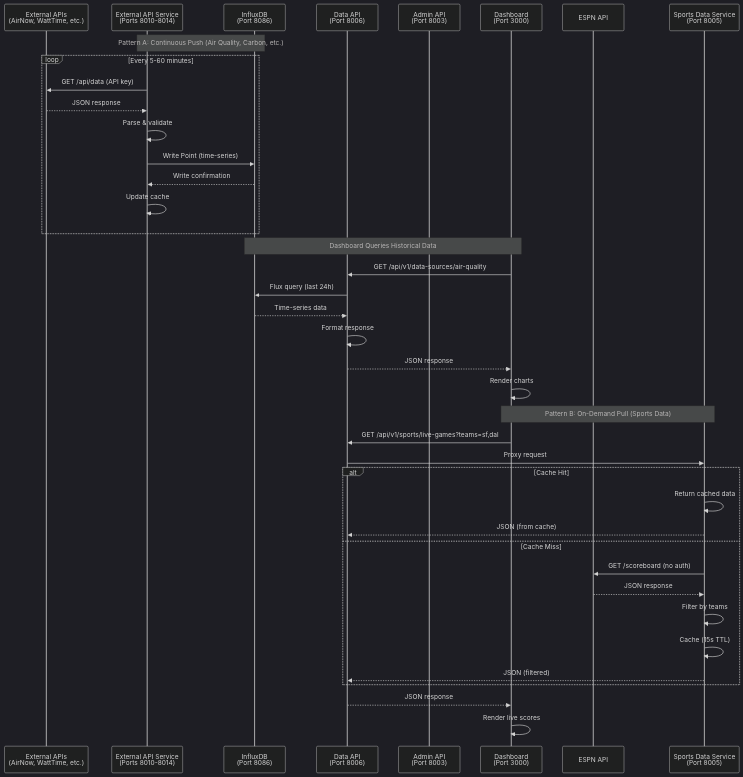
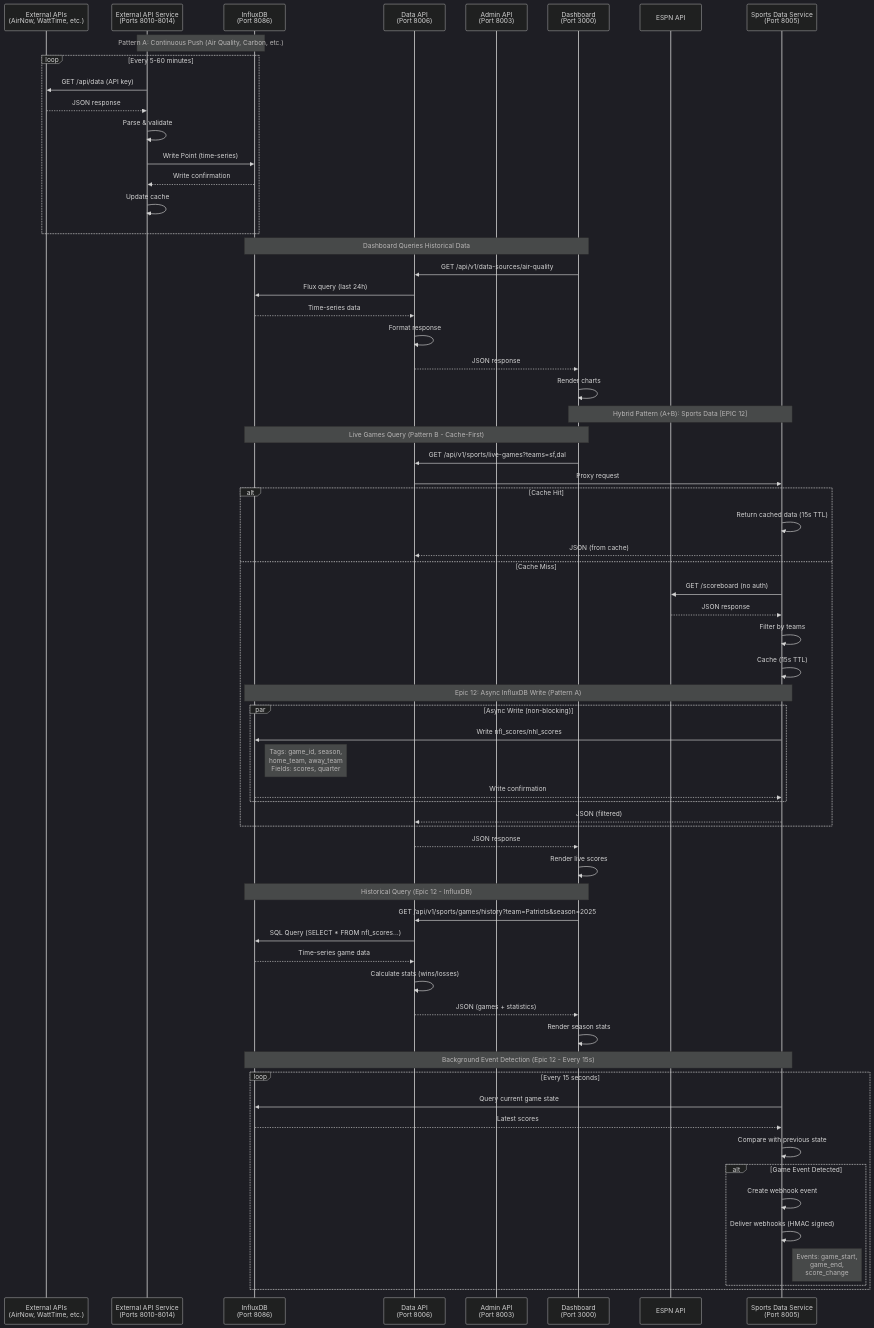
Before and after one commit to wtthornton/ha-ingestor: the diagram in implementation/analysis/EXTERNAL_API_CALL_TREES.md, drawn with Mermaid (dark theme). The commit also changed other lines of this file and 88 other files, not shown here.

First line of the commit message:
Epic 21: Complete Dashboard API Integration - All Stories Complete

````diff
--- a/implementation/analysis/EXTERNAL_API_CALL_TREES.md
+++ b/implementation/analysis/EXTERNAL_API_CALL_TREES.md
@@ -165,50 +197,79 @@
 ```mermaid
 sequenceDiagram
     participant ExtAPI as External APIs<br/>(AirNow, WattTime, etc.)
     participant Service as External API Service<br/>(Ports 8010-8014)
     participant DB as InfluxDB<br/>(Port 8086)
     participant DataAPI as Data API<br/>(Port 8006)
     participant AdminAPI as Admin API<br/>(Port 8003)
     participant UI as Dashboard<br/>(Port 3000)
     participant SportsAPI as ESPN API
     participant SportsService as Sports Data Service<br/>(Port 8005)
     
     Note over Service,DB: Pattern A: Continuous Push (Air Quality, Carbon, etc.)
     
     loop Every 5-60 minutes
         Service->>ExtAPI: GET /api/data (API key)
         ExtAPI-->>Service: JSON response
         Service->>Service: Parse & validate
         Service->>DB: Write Point (time-series)
         DB-->>Service: Write confirmation
         Service->>Service: Update cache
     end
     
     Note over UI,DB: Dashboard Queries Historical Data
     
     UI->>DataAPI: GET /api/v1/data-sources/air-quality
     DataAPI->>DB: Flux query (last 24h)
     DB-->>DataAPI: Time-series data
     DataAPI->>DataAPI: Format response
     DataAPI-->>UI: JSON response
     UI->>UI: Render charts
     
-    Note over UI,SportsService: Pattern B: On-Demand Pull (Sports Data)
+    Note over UI,SportsService: Hybrid Pattern (A+B): Sports Data [EPIC 12]
     
+    Note over UI,DB: Live Games Query (Pattern B - Cache-First)
     UI->>DataAPI: GET /api/v1/sports/live-games?teams=sf,dal
     DataAPI->>SportsService: Proxy request
     
     alt Cache Hit
-        SportsService->>SportsService: Return cached data
+        SportsService->>SportsService: Return cached data (15s TTL)
         SportsService-->>DataAPI: JSON (from cache)
     else Cache Miss
         SportsService->>SportsAPI: GET /scoreboard (no auth)
         SportsAPI-->>SportsService: JSON response
         SportsService->>SportsService: Filter by teams
         SportsService->>SportsService: Cache (15s TTL)
+        
+        Note over SportsService,DB: Epic 12: Async InfluxDB Write (Pattern A)
+        par Async Write (non-blocking)
+            SportsService->>DB: Write nfl_scores/nhl_scores
+            Note right of DB: Tags: game_id, season,<br/>home_team, away_team<br/>Fields: scores, quarter
+            DB-->>SportsService: Write confirmation
+        end
+        
         SportsService-->>DataAPI: JSON (filtered)
     end
     
     DataAPI-->>UI: JSON response
     UI->>UI: Render live scores
+    
+    Note over UI,DB: Historical Query (Epic 12 - InfluxDB)
+    UI->>DataAPI: GET /api/v1/sports/games/history?team=Patriots&season=2025
+    DataAPI->>DB: SQL Query (SELECT * FROM nfl_scores...)
+    DB-->>DataAPI: Time-series game data
+    DataAPI->>DataAPI: Calculate stats (wins/losses)
+    DataAPI-->>UI: JSON (games + statistics)
+    UI->>UI: Render season stats
+    
+    Note over SportsService,DB: Background Event Detection (Epic 12 - Every 15s)
+    loop Every 15 seconds
+        SportsService->>DB: Query current game state
+        DB-->>SportsService: Latest scores
+        SportsService->>SportsService: Compare with previous state
+        alt Game Event Detected
+            SportsService->>SportsService: Create webhook event
+            SportsService->>SportsService: Deliver webhooks (HMAC signed)
+            Note right of SportsService: Events: game_start,<br/>game_end,<br/>score_change
+        end
+    end
 ```
````
